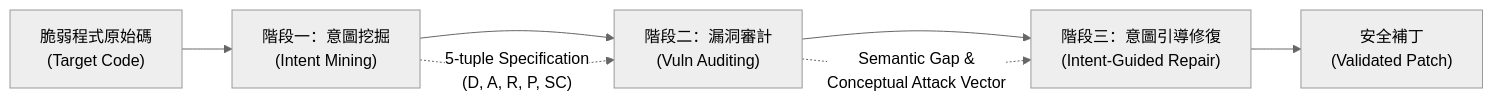
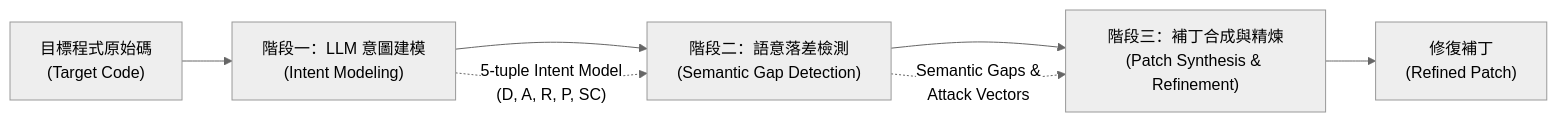
One commit to Youchenjiang/sec-code-research changed the diagram in proposals/logic-vuln-lifecycle/Y2-root-cause-localization/INTENTFIX_論文核心技術解讀.md. Above: the diagram before and after it, drawn with Mermaid (neutral theme). The commit also changed other lines of this file and 3 other files, not shown here.

````diff
--- a/proposals/logic-vuln-lifecycle/Y2-root-cause-localization/INTENTFIX_論文核心技術解讀.md
+++ b/proposals/logic-vuln-lifecycle/Y2-root-cause-localization/INTENTFIX_論文核心技術解讀.md
@@ -17,10 +18,10 @@
 ```mermaid
 flowchart LR
-    A["脆弱程式原始碼<br/>(Target Code)"] --> B["階段一：意圖挖掘<br/>(Intent Mining)"]
-    B --> C["階段二：漏洞審計<br/>(Vuln Auditing)"]
-    C --> D["階段三：意圖引導修復<br/>(Intent-Guided Repair)"]
-    D --> E["安全補丁<br/>(Validated Patch)"]
+    A["目標程式原始碼<br/>(Target Code)"] --> B["階段一：LLM 意圖建模<br/>(Intent Modeling)"]
+    B --> C["階段二：語意落差檢測<br/>(Semantic Gap Detection)"]
+    C --> D["階段三：補丁合成與精煉<br/>(Patch Synthesis & Refinement)"]
+    D --> E["修復補丁<br/>(Refined Patch)"]
     
-    B -.->|"5-tuple Specification<br/>(D, A, R, P, SC)"| C
-    C -.->|"Semantic Gap &<br/>Conceptual Attack Vector"| D
+    B -.->|"5-tuple Intent Model<br/>(D, A, R, P, SC)"| C
+    C -.->|"Semantic Gaps &<br/>Attack Vectors"| D
 ```
````
